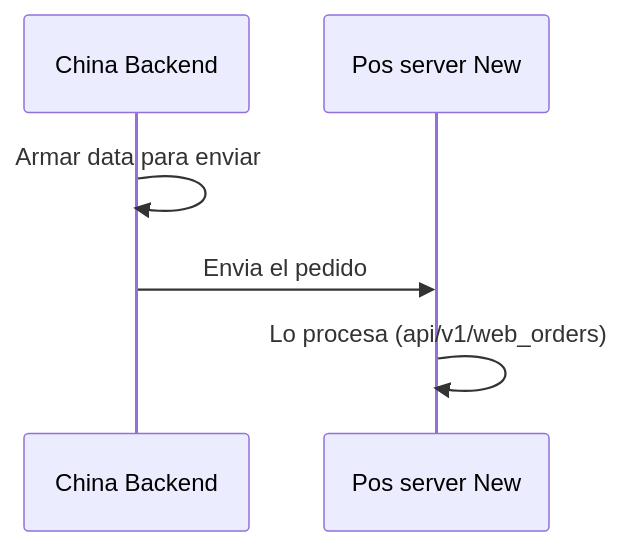
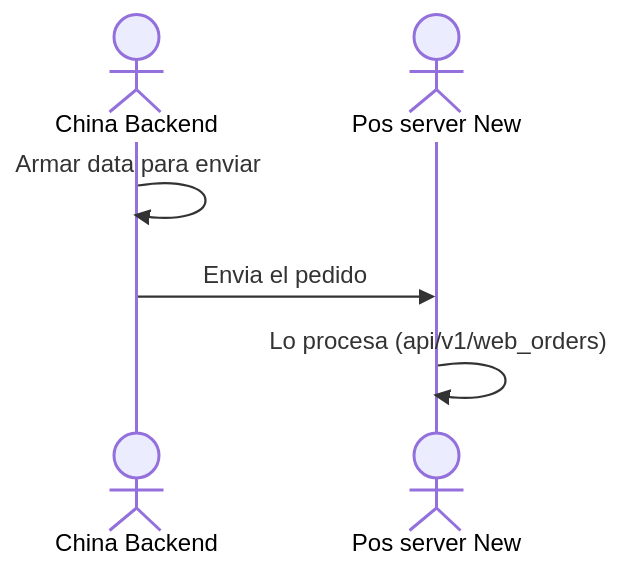
The third of 4 diagrams in 100_niufoods/03_projects/china_backend/documentation/orders/diagramns.md (javix70/personal_obsidian), drawn with Mermaid before and after one commit. The commit also changed 5 other files, not shown here.

````diff
--- a/100_niufoods/03_projects/china_backend/documentation/orders/diagramns.md
+++ b/100_niufoods/03_projects/china_backend/documentation/orders/diagramns.md
@@ -91,9 +91,9 @@
 ```mermaid
 sequenceDiagram
-    participant CB as China Backend
-    participant PN as Pos server New
+    actor CB as China Backend
+    actor PN as Pos server New
 
 	CB->>CB: Armar data para enviar
 	CB->>PN: Envia el pedido
 	PN->>PN: Lo procesa (api/v1/web_orders)
 ```
````
